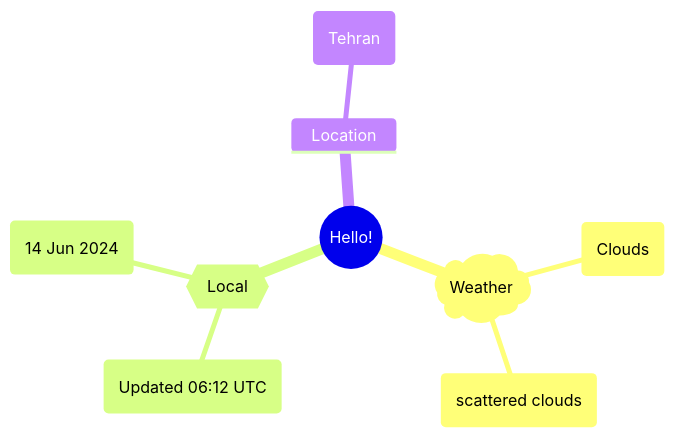
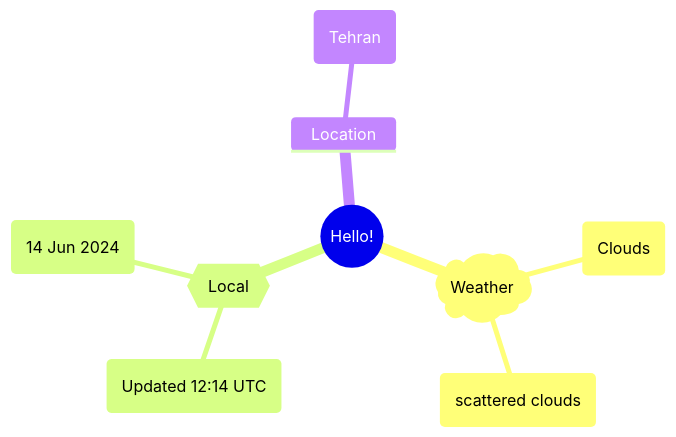
The first of 2 diagrams in README.md (Xosrov/Xosrov), drawn with Mermaid before and after one commit.

Commit message:
[bot] updated images

````diff
--- a/README.md
+++ b/README.md
@@ -3,12 +3,12 @@
 ```mermaid
 mindmap
   root((Hello!))
     )Weather(
         (Clouds)
         (scattered clouds)
     {{Local}}
-        (Updated 06:12 UTC)
+        (Updated 12:14 UTC)
         (14 Jun 2024)
     Location
         (Tehran)
 ```
````
